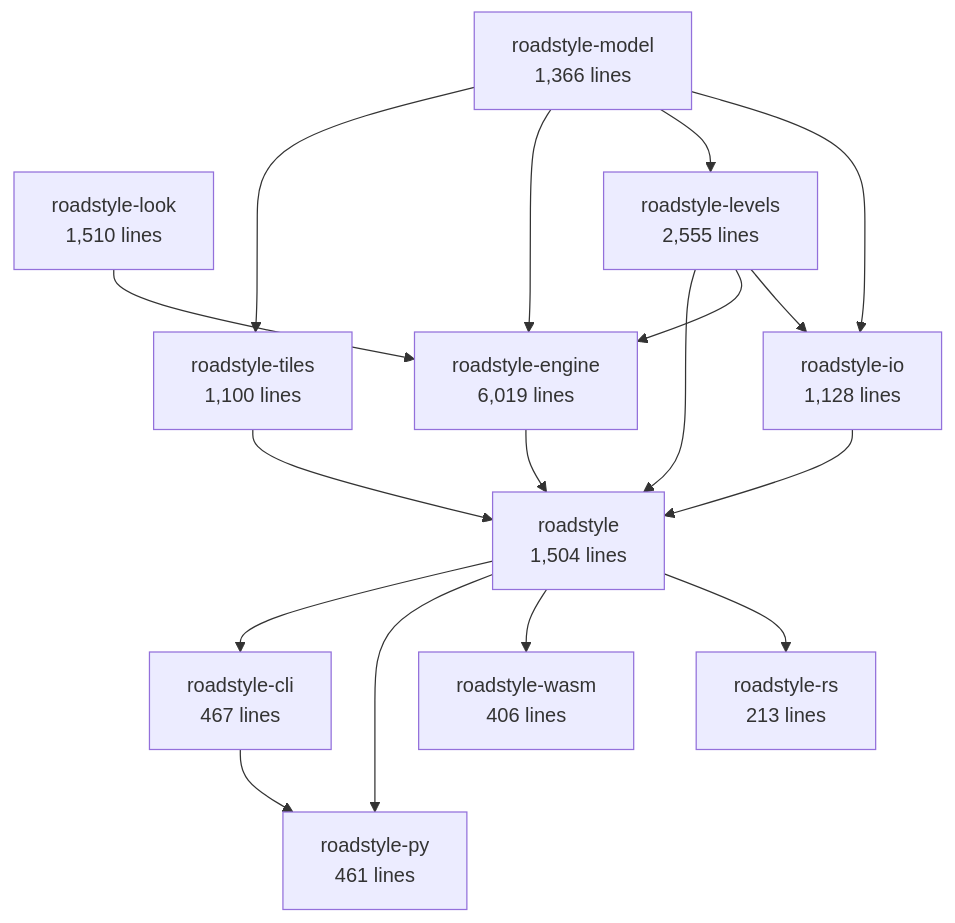
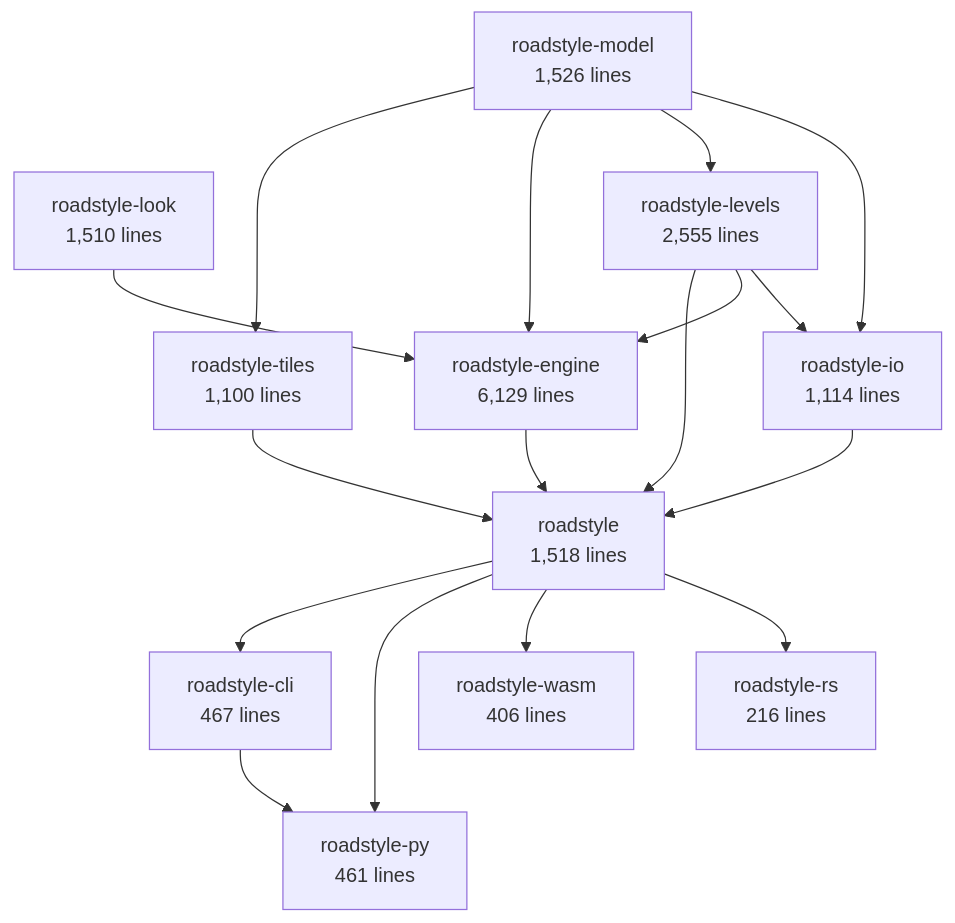
Before and after one commit to Khoshkhah/roadstyle: the second of 6 diagrams in docs/rust/architecture.md, drawn with Mermaid. The commit also changed other lines of this file and 10 other files, not shown here.

````diff
--- a/docs/rust/architecture.md
+++ b/docs/rust/architecture.md
@@ -69,30 +69,30 @@
 ```mermaid
 flowchart TB
-    roadstyle_model["roadstyle-model<br/>1,366 lines"]
+    roadstyle_model["roadstyle-model<br/>1,526 lines"]
     roadstyle_look["roadstyle-look<br/>1,510 lines"]
-    roadstyle_io["roadstyle-io<br/>1,128 lines"]
+    roadstyle_io["roadstyle-io<br/>1,114 lines"]
     roadstyle_levels["roadstyle-levels<br/>2,555 lines"]
-    roadstyle_engine["roadstyle-engine<br/>6,019 lines"]
+    roadstyle_engine["roadstyle-engine<br/>6,129 lines"]
     roadstyle_tiles["roadstyle-tiles<br/>1,100 lines"]
-    roadstyle["roadstyle<br/>1,504 lines"]
-    roadstyle_rs["roadstyle-rs<br/>213 lines"]
+    roadstyle["roadstyle<br/>1,518 lines"]
+    roadstyle_rs["roadstyle-rs<br/>216 lines"]
     roadstyle_wasm["roadstyle-wasm<br/>406 lines"]
     roadstyle_py["roadstyle-py<br/>461 lines"]
     roadstyle_cli["roadstyle-cli<br/>467 lines"]
     roadstyle_levels --> roadstyle_io
     roadstyle_model --> roadstyle_io
     roadstyle_model --> roadstyle_levels
     roadstyle_levels --> roadstyle_engine
     roadstyle_look --> roadstyle_engine
     roadstyle_model --> roadstyle_engine
     roadstyle_model --> roadstyle_tiles
     roadstyle_engine --> roadstyle
     roadstyle_io --> roadstyle
     roadstyle_levels --> roadstyle
     roadstyle_tiles --> roadstyle
     roadstyle --> roadstyle_rs
     roadstyle --> roadstyle_wasm
     roadstyle --> roadstyle_py
     roadstyle_cli --> roadstyle_py
     roadstyle --> roadstyle_cli
 ```
````
